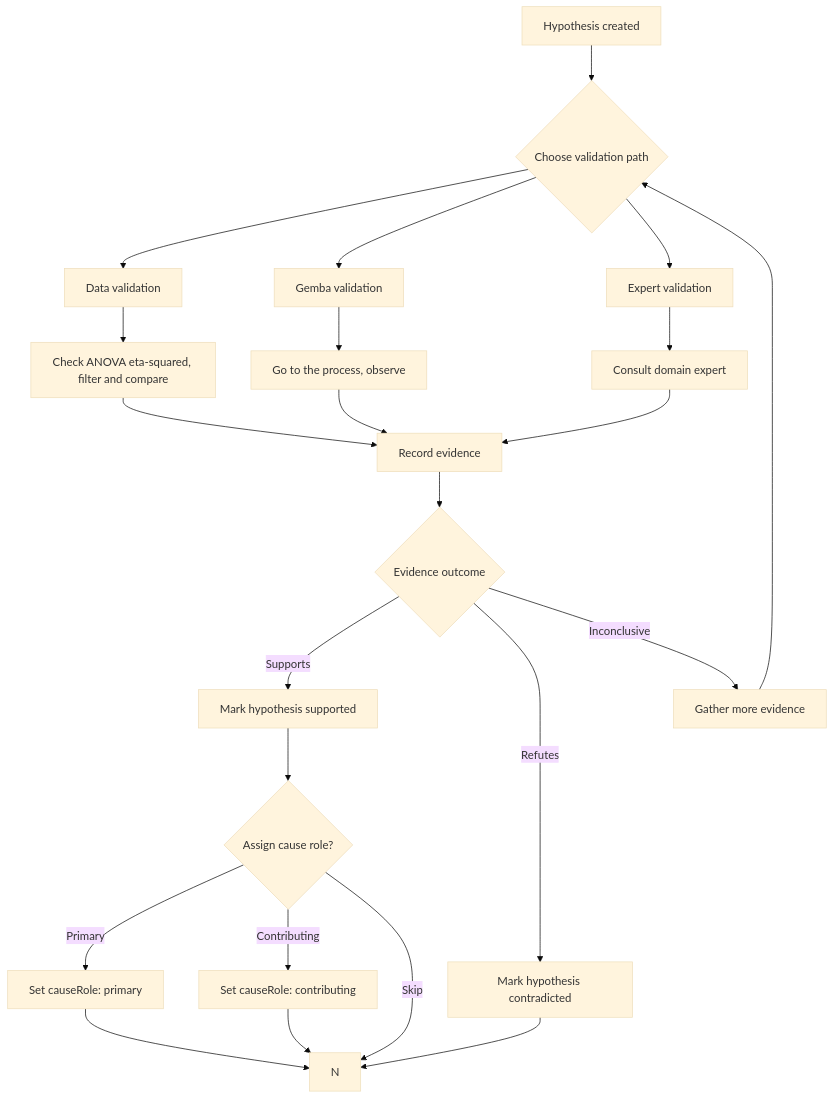
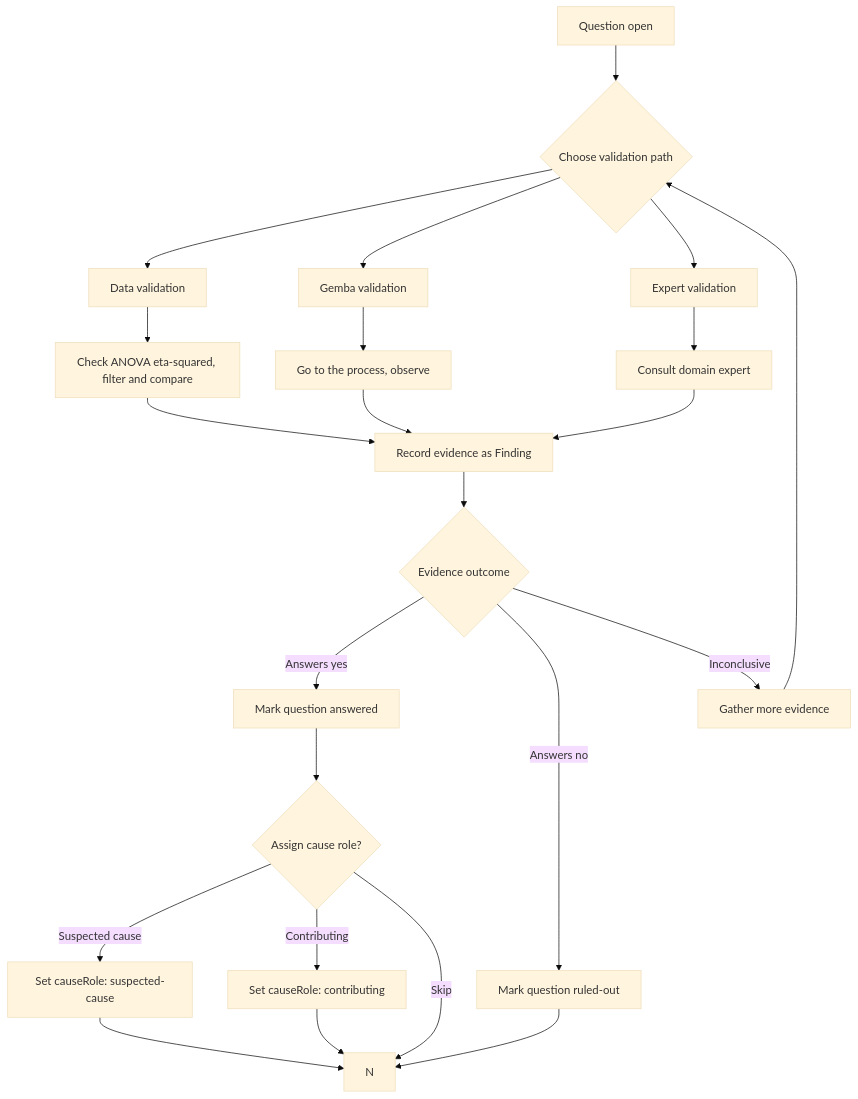
The third of 3 diagrams in docs/03-features/workflows/investigation-lifecycle-map.md (jukka-matti/variscout), drawn with Mermaid (base theme) before and after one commit. The commit also changed other lines of this file and 2 other files, not shown here.

First line of the commit message:
docs: update major docs for question-driven investigation model

````diff
--- a/docs/03-features/workflows/investigation-lifecycle-map.md
+++ b/docs/03-features/workflows/investigation-lifecycle-map.md
@@ -105,25 +105,25 @@
 ```mermaid
 flowchart TD
-    A[Hypothesis created] --> B{Choose validation path}
+    A[Question open] --> B{Choose validation path}
     B --> C[Data validation]
     B --> D[Gemba validation]
     B --> E[Expert validation]
     C --> F[Check ANOVA eta-squared, filter and compare]
     D --> G[Go to the process, observe]
     E --> H[Consult domain expert]
-    F --> I[Record evidence]
+    F --> I[Record evidence as Finding]
     G --> I
     H --> I
     I --> J{Evidence outcome}
-    J -->|Supports| K[Mark hypothesis supported]
-    J -->|Refutes| L[Mark hypothesis contradicted]
+    J -->|Answers yes| K[Mark question answered]
+    J -->|Answers no| L[Mark question ruled-out]
     J -->|Inconclusive| M[Gather more evidence]
     M --> B
     K --> O{Assign cause role?}
-    O -->|Primary| P[Set causeRole: primary]
+    O -->|Suspected cause| P[Set causeRole: suspected-cause]
     O -->|Contributing| Q[Set causeRole: contributing]
     O -->|Skip| N
     P --> N
     Q --> N
     L --> N
 ```
````
